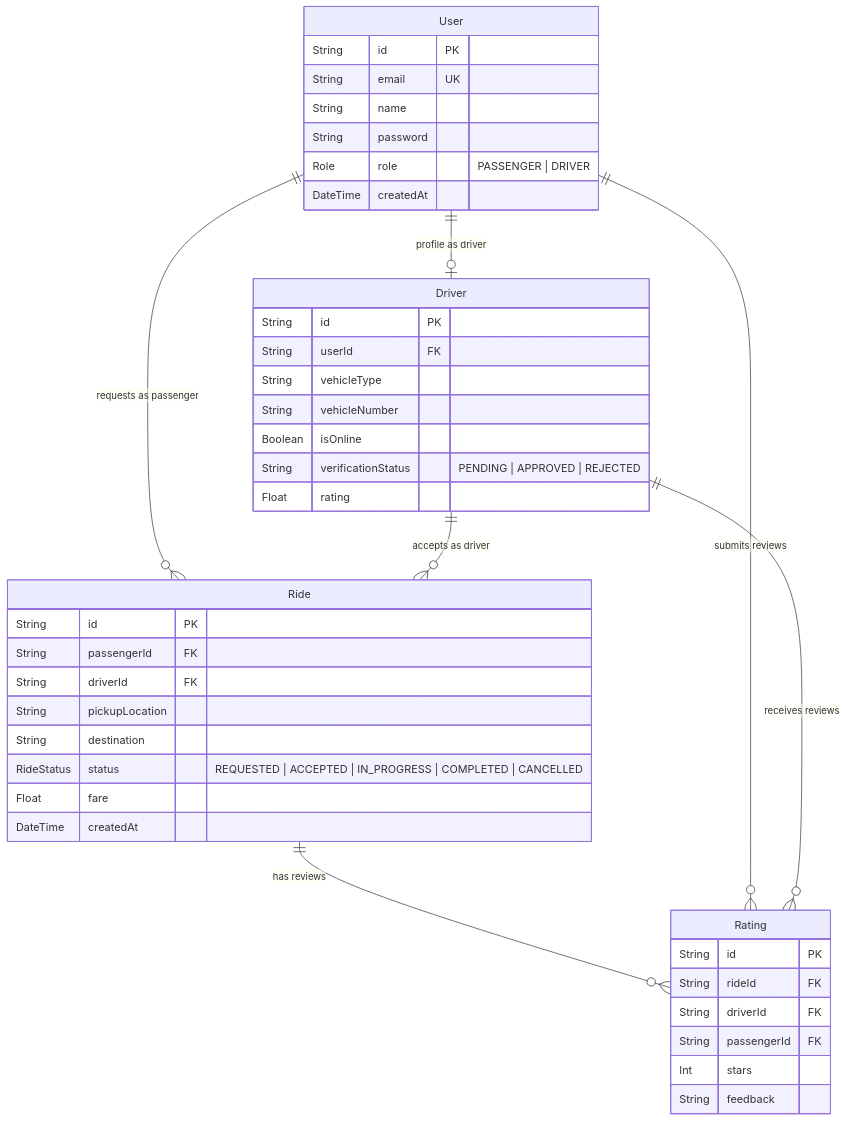
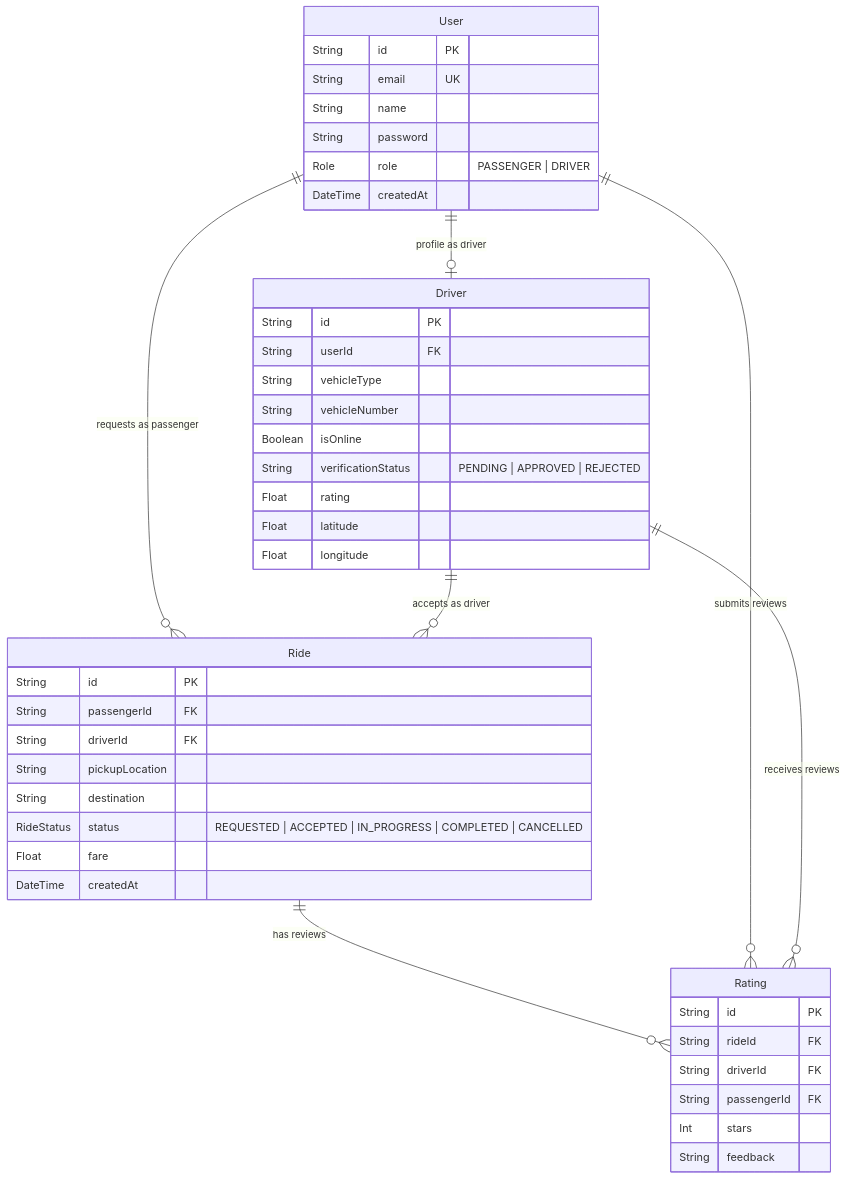
The diagram in docs/db_schema.md (krishna-aga/Rydo), drawn with Mermaid before and after one commit. The commit also changed other lines of this file and 37 other files, not shown here.

````diff
--- a/docs/db_schema.md
+++ b/docs/db_schema.md
@@ -9,48 +9,50 @@
 ```mermaid
 erDiagram
     User ||--o| Driver : "profile as driver"
     User ||--o{ Ride : "requests as passenger"
     Driver ||--o{ Ride : "accepts as driver"
     Ride ||--o{ Rating : "has reviews"
     User ||--o{ Rating : "submits reviews"
     Driver ||--o{ Rating : "receives reviews"
 
     User {
         String id PK
         String email UK
         String name
         String password
         Role role "PASSENGER | DRIVER"
         DateTime createdAt
     }
 
     Driver {
         String id PK
         String userId FK
         String vehicleType
         String vehicleNumber
         Boolean isOnline
         String verificationStatus "PENDING | APPROVED | REJECTED"
         Float rating
+        Float latitude
+        Float longitude
     }
 
     Ride {
         String id PK
         String passengerId FK
         String driverId FK
         String pickupLocation
         String destination
         RideStatus status "REQUESTED | ACCEPTED | IN_PROGRESS | COMPLETED | CANCELLED"
         Float fare
         DateTime createdAt
     }
 
     Rating {
         String id PK
         String rideId FK
         String driverId FK
         String passengerId FK
         Int stars
         String feedback
     }
 ```
````
